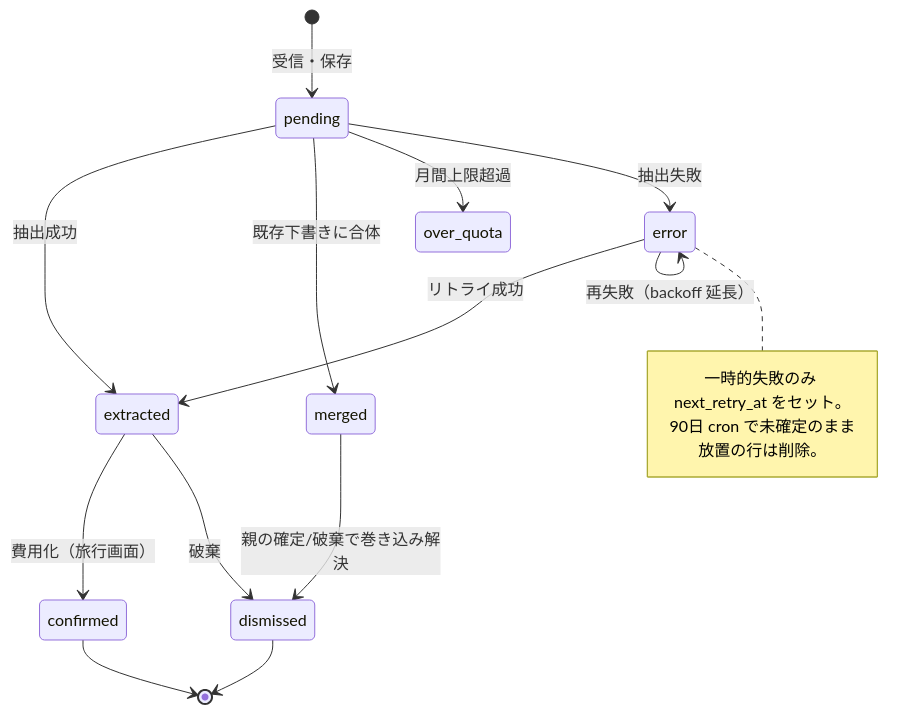
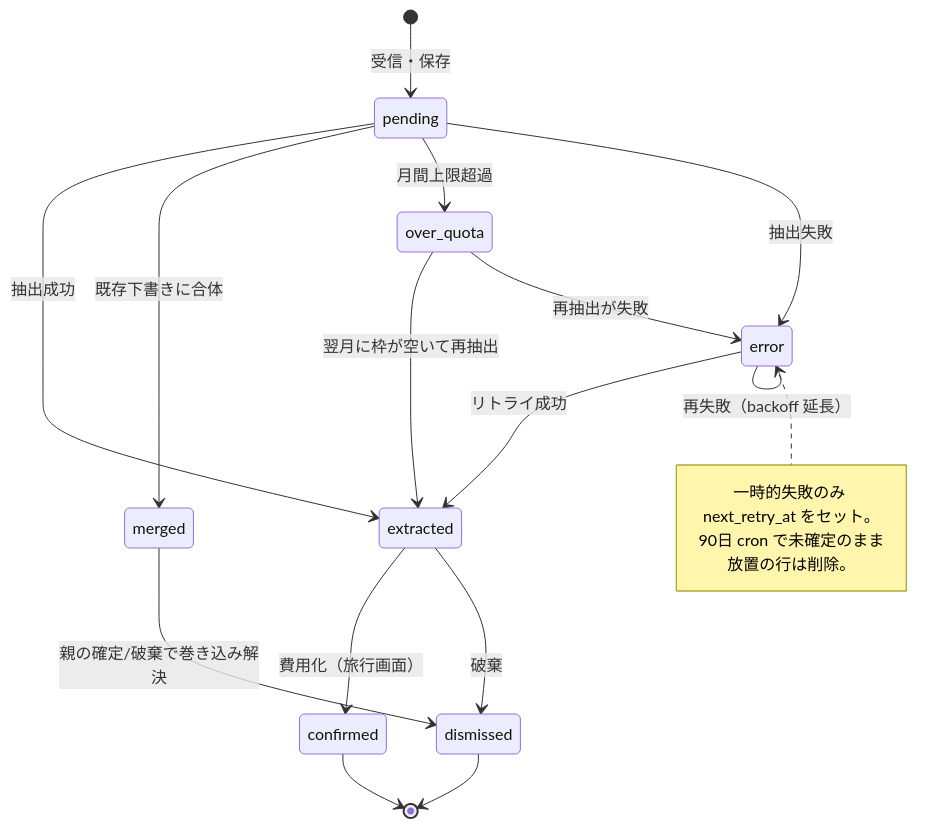
The fourth of 4 diagrams in docs/import-flow.md (shidetake/triplot), drawn with Mermaid before and after one commit. The commit also changed other lines of this file and 3 other files, not shown here.

````diff
--- a/docs/import-flow.md
+++ b/docs/import-flow.md
@@ -121,23 +121,25 @@
 ```mermaid
 stateDiagram-v2
   [*] --> pending: 受信・保存
   pending --> extracted: 抽出成功
   pending --> merged: 既存下書きに合体
   pending --> over_quota: 月間上限超過
   pending --> error: 抽出失敗
 
   error --> extracted: リトライ成功
   error --> error: 再失敗（backoff 延長）
+  over_quota --> extracted: 翌月に枠が空いて再抽出
+  over_quota --> error: 再抽出が失敗
 
   extracted --> confirmed: 費用化（旅行画面）
   extracted --> dismissed: 破棄
   merged --> dismissed: 親の確定/破棄で巻き込み解決
 
   confirmed --> [*]
   dismissed --> [*]
 
   note right of error
     一時的失敗のみ next_retry_at をセット。
     90日 cron で未確定のまま放置の行は削除。
   end note
 ```
````
